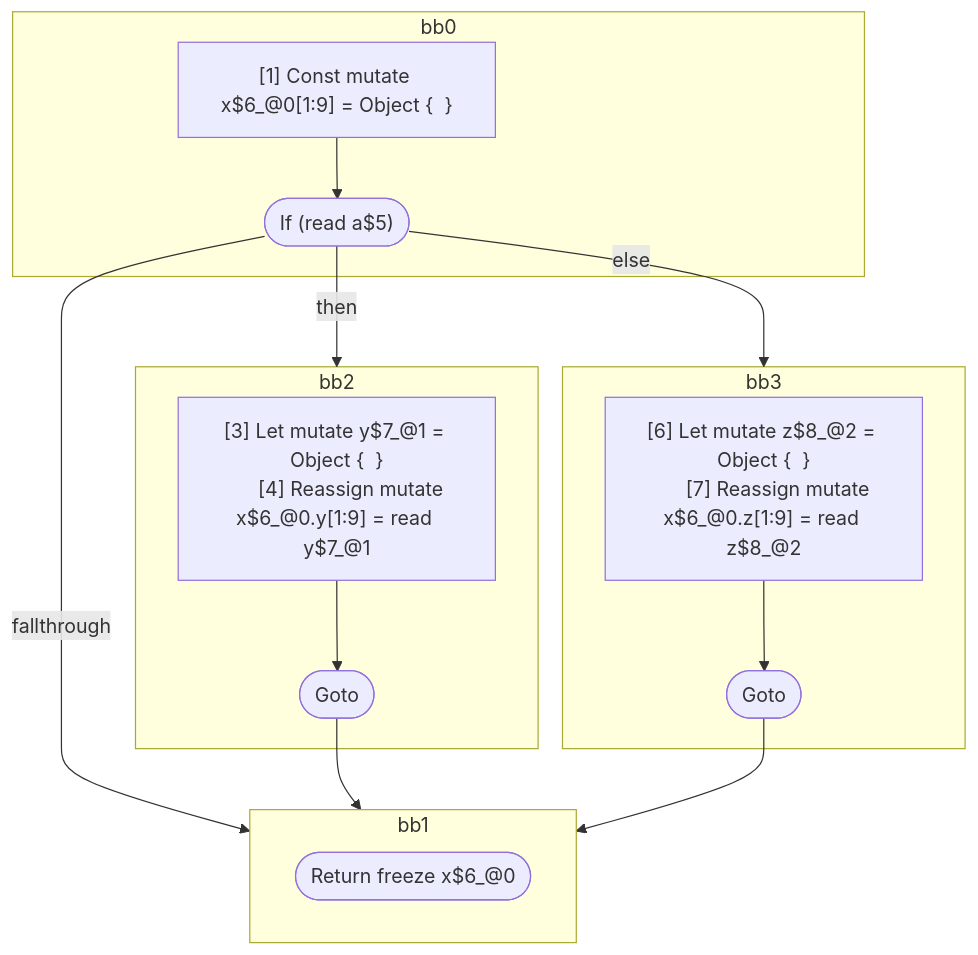
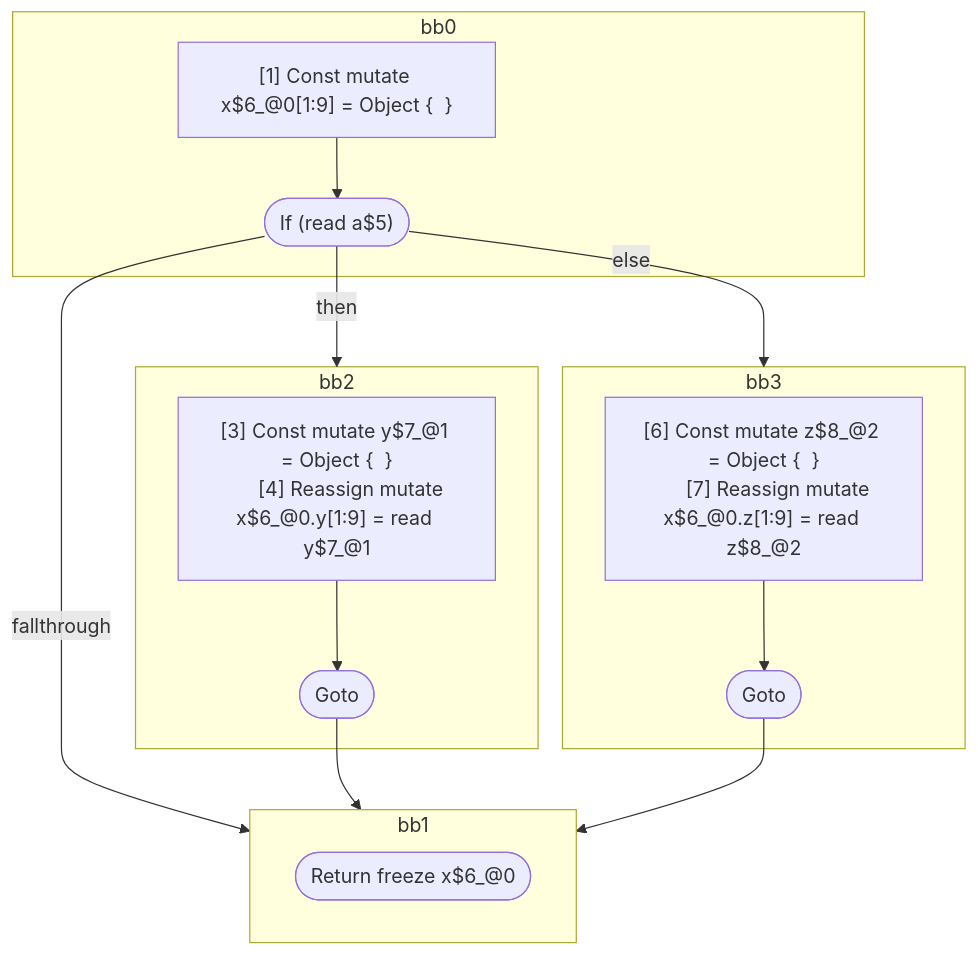
Before and after one commit to wutsmog/private: the diagram in compiler/forget/src/__tests__/fixtures/hir/ssa-property-alias-if.expect.md, drawn with Mermaid. The commit also changed other lines of this file and 61 other files, not shown here.

````diff
--- a/compiler/forget/src/__tests__/fixtures/hir/ssa-property-alias-if.expect.md
+++ b/compiler/forget/src/__tests__/fixtures/hir/ssa-property-alias-if.expect.md
@@ -48,35 +48,35 @@
 ```mermaid
 flowchart TB
   %% Basic Blocks
   subgraph bb0
     bb0_instrs["
       [1] Const mutate x$6_@0[1:9] = Object {  }
     "]
     bb0_instrs --> bb0_terminal(["If (read a$5)"])
   end
   subgraph bb2
     bb2_instrs["
-      [3] Let mutate y$7_@1 = Object {  }
+      [3] Const mutate y$7_@1 = Object {  }
       [4] Reassign mutate x$6_@0.y[1:9] = read y$7_@1
     "]
     bb2_instrs --> bb2_terminal(["Goto"])
   end
   subgraph bb3
     bb3_instrs["
-      [6] Let mutate z$8_@2 = Object {  }
+      [6] Const mutate z$8_@2 = Object {  }
       [7] Reassign mutate x$6_@0.z[1:9] = read z$8_@2
     "]
     bb3_instrs --> bb3_terminal(["Goto"])
   end
   subgraph bb1
     bb1_terminal(["Return freeze x$6_@0"])
   end
 
   %% Jumps
   bb0_terminal -- "then" --> bb2
   bb0_terminal -- "else" --> bb3
   bb0_terminal -- "fallthrough" --> bb1
   bb2_terminal --> bb1
   bb3_terminal --> bb1
 
 ```
````
